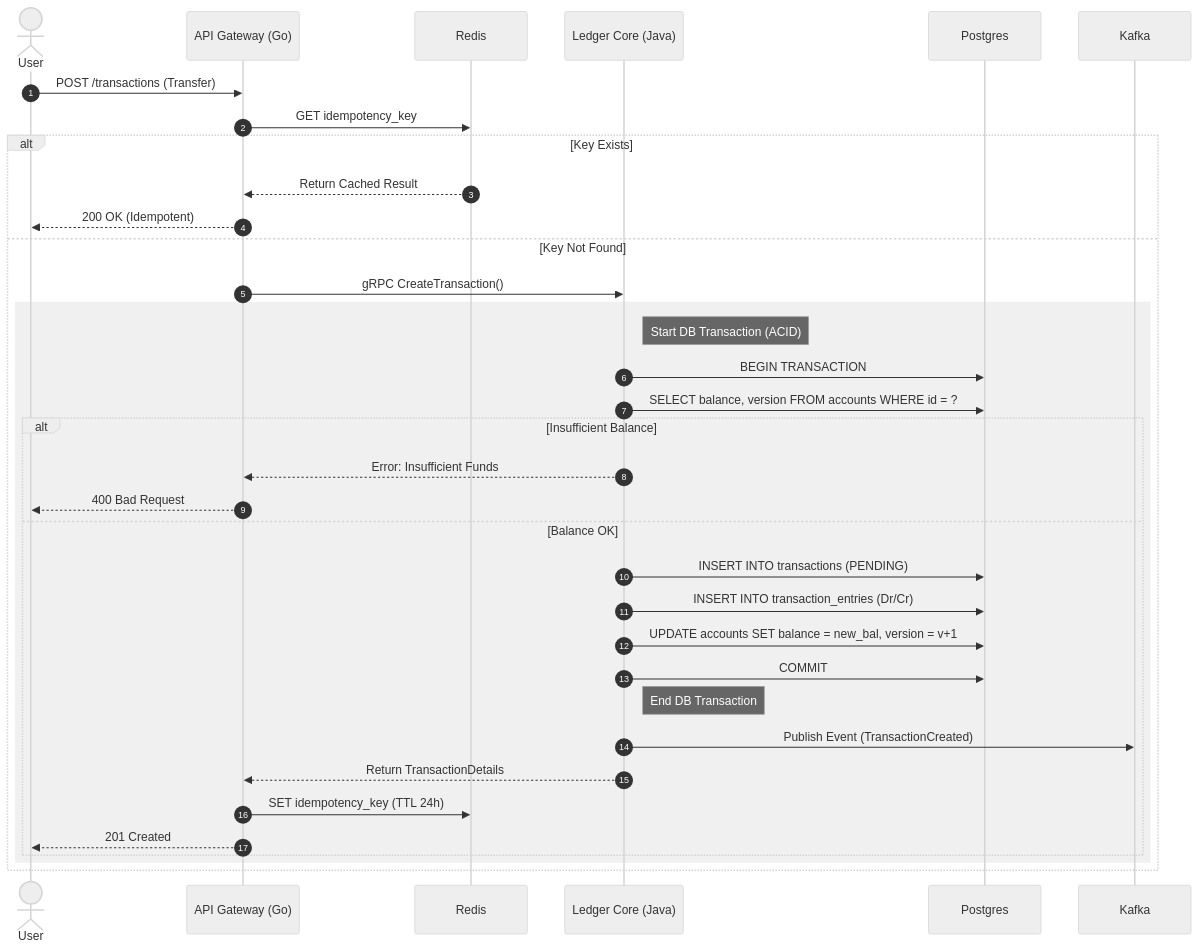
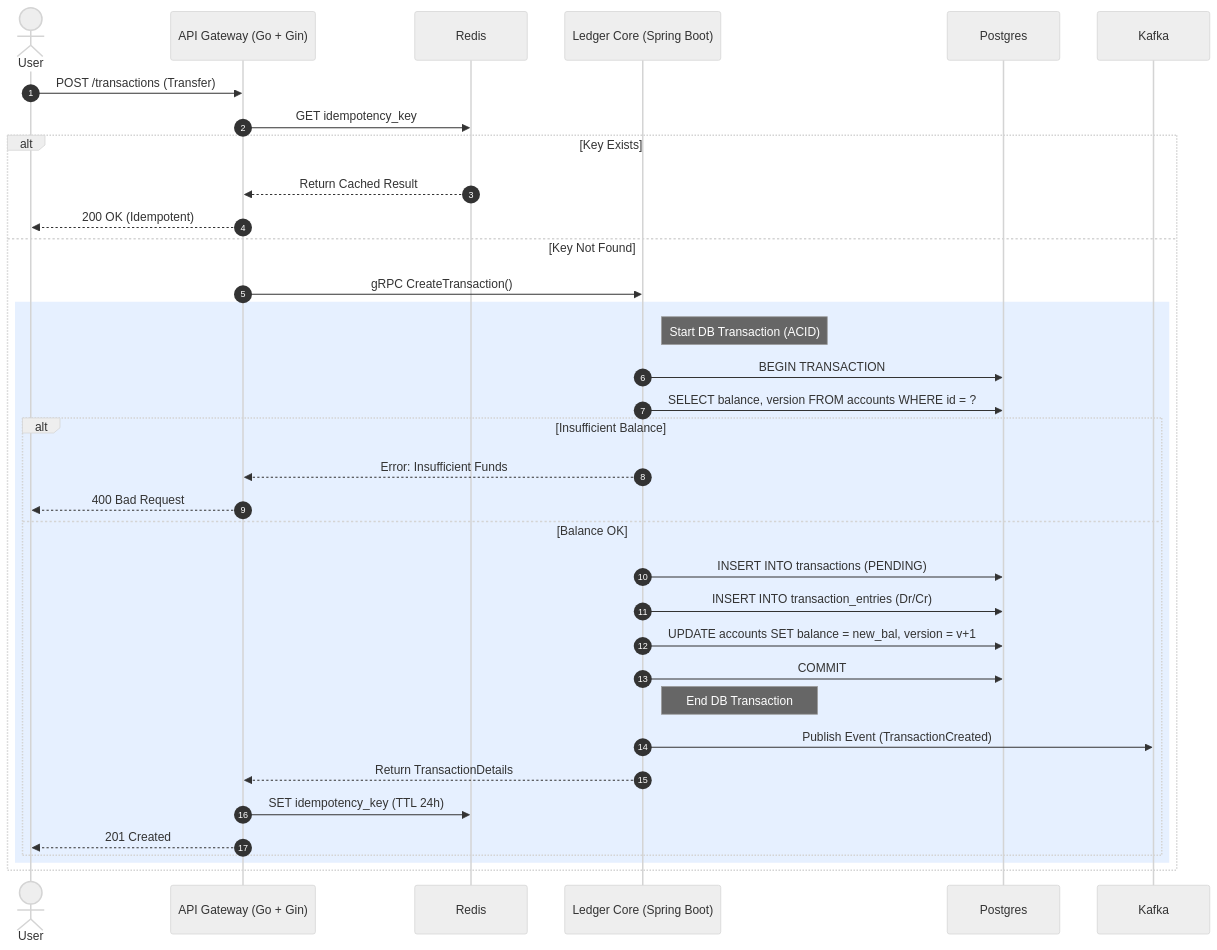
One commit to ChungTau/double-entry-ledger changed the second of 4 diagrams in README.md. Above: the diagram before and after it, drawn with Mermaid. The commit also changed other lines of this file, not shown here.

````diff
--- a/README.md
+++ b/README.md
@@ -125,55 +125,54 @@
 ```mermaid
 sequenceDiagram
-    %% Apply Neutral Theme
-    %%{init: {'theme': 'neutral'}}%%
+    %% Apply Neutral Theme for visibility in Dark Mode
+    %%{init: {'theme': 'neutral', 'themeVariables': {'fontSize': '14px', 'fontFamily': 'arial'}}}%%
     
     autonumber
     actor User
-    participant GW as API Gateway (Go)
+    participant GW as API Gateway (Go + Gin)
     participant Redis
-    participant Ledger as Ledger Core (Java)
+    participant Ledger as Ledger Core (Spring Boot)
     participant DB as Postgres
     participant Kafka
 
     %% Step 1: Request & Idempotency
     User->>GW: POST /transactions (Transfer)
     GW->>Redis: GET idempotency_key
     alt Key Exists
         Redis-->>GW: Return Cached Result
         GW-->>User: 200 OK (Idempotent)
     else Key Not Found
         %% Step 2: gRPC Call
         GW->>Ledger: gRPC CreateTransaction()
         
         %% Step 3: ACID Transaction Start
-        %% 使用更柔和的淺灰色背景標示 Transaction 範圍
-        rect rgb(240, 240, 240)
+        rect rgb(230, 240, 255)
             note right of Ledger: Start DB Transaction (ACID)
             Ledger->>DB: BEGIN TRANSACTION
             
             %% Optimistic Locking Check
             Ledger->>DB: SELECT balance, version FROM accounts WHERE id = ?
             
             alt Insufficient Balance
                 Ledger-->>GW: Error: Insufficient Funds
                 GW-->>User: 400 Bad Request
             else Balance OK
                 Ledger->>DB: INSERT INTO transactions (PENDING)
                 Ledger->>DB: INSERT INTO transaction_entries (Dr/Cr)
                 Ledger->>DB: UPDATE accounts SET balance = new_bal, version = v+1
                 
                 %% Step 4: Commit
                 Ledger->>DB: COMMIT
                 note right of Ledger: End DB Transaction
                 
                 %% Step 5: Async Event
                 Ledger->>Kafka: Publish Event (TransactionCreated)
                 Ledger-->>GW: Return TransactionDetails
                 
                 %% Cache Result
                 GW->>Redis: SET idempotency_key (TTL 24h)
                 GW-->>User: 201 Created
             end
         end
     end
 ```
````
